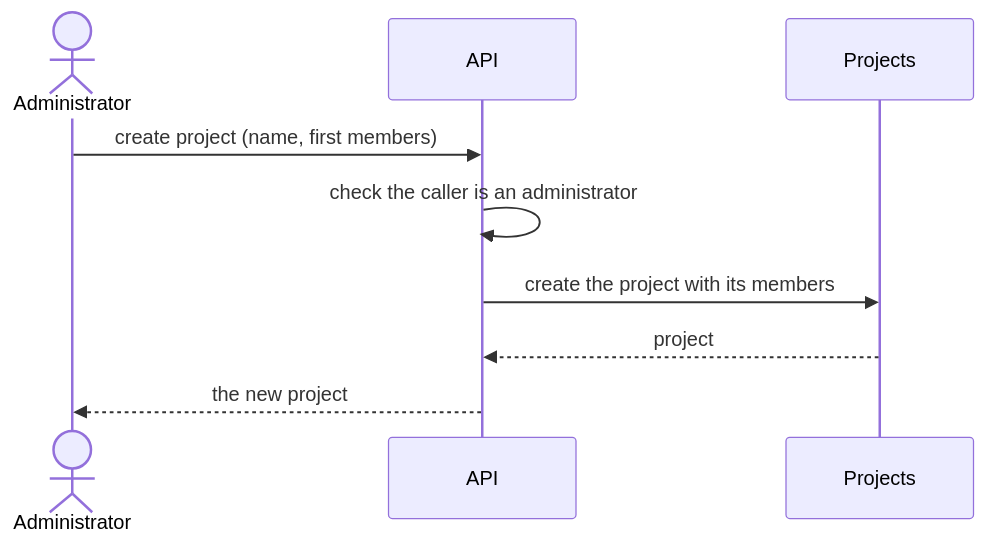
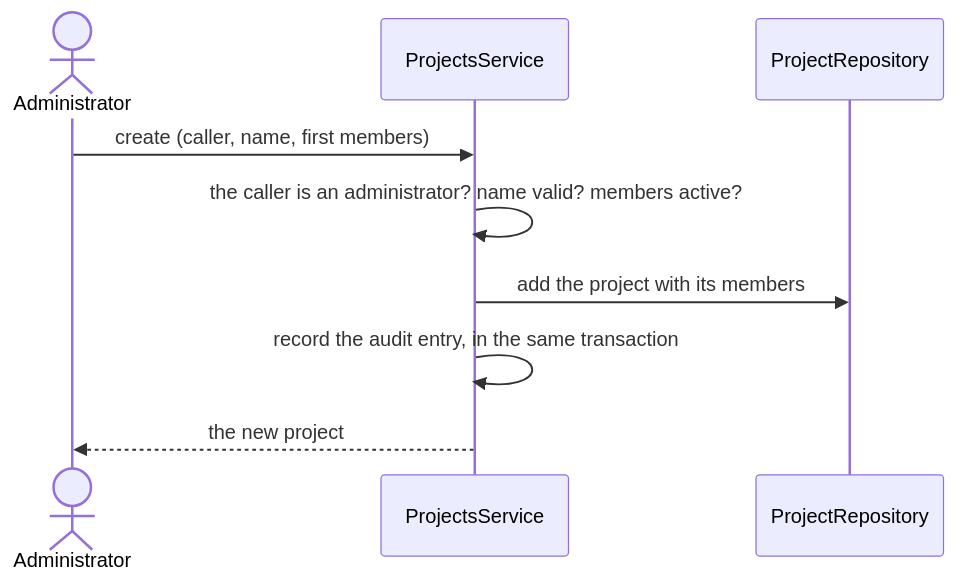
Before and after one commit to Thommans-Playground/playground-keycloak: the diagram in docs/usecases/UC-P1-create-a-project.md, drawn with Mermaid. The commit also changed other lines of this file and 9 other files, not shown here.

First line of the commit message:
docs(UC-P3): design Projects, add list and open a project

````diff
--- a/docs/usecases/UC-P1-create-a-project.md
+++ b/docs/usecases/UC-P1-create-a-project.md
@@ -144,11 +143,11 @@
 ```mermaid
 sequenceDiagram
     actor U as Administrator
-    participant A as API
-    participant P as Projects
-    U->>A: create project (name, first members)
-    A->>A: check the caller is an administrator
-    A->>P: create the project with its members
-    P-->>A: project
-    A-->>U: the new project
+    participant S as ProjectsService
+    participant R as ProjectRepository
+    U->>S: create (caller, name, first members)
+    S->>S: the caller is an administrator? name valid? members active?
+    S->>R: add the project with its members
+    S->>S: record the audit entry, in the same transaction
+    S-->>U: the new project
 ```
````
